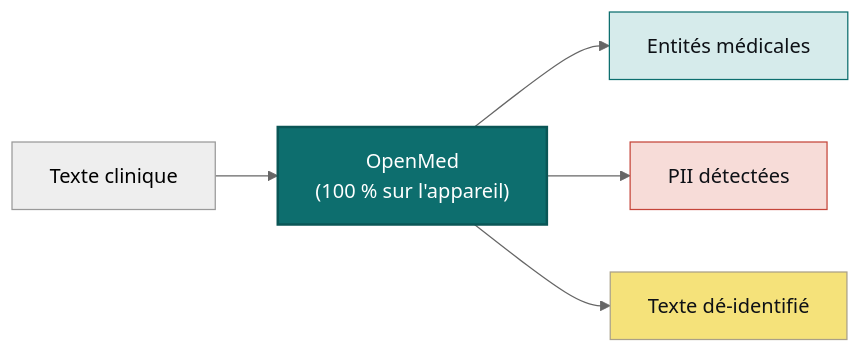
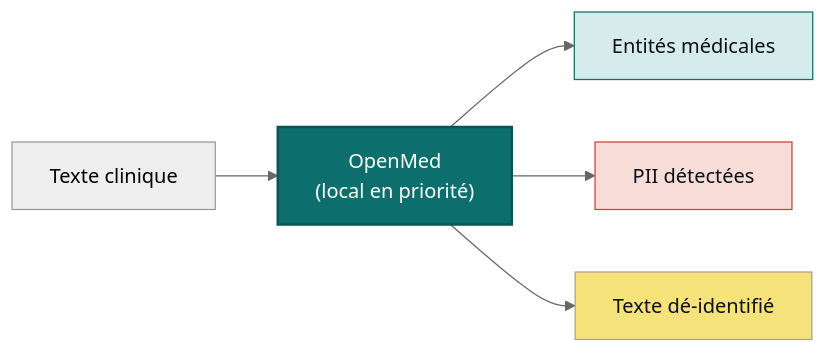
Before and after one commit to maziyarpanahi/openmed: the diagram in README.fr.md, drawn with Mermaid (neutral theme). The commit also changed other lines of this file, not shown here.

````diff
--- a/README.fr.md
+++ b/README.fr.md
@@ -126,11 +119,11 @@
 ```mermaid
 flowchart LR
-    A["Texte clinique"] --> B["OpenMed<br/>(100 % sur l'appareil)"]
+    A["Texte clinique"] --> B["OpenMed<br/>(local en priorité)"]
     B --> C["Entités médicales"]
     B --> D["PII détectées"]
     B --> E["Texte dé-identifié"]
     style B fill:#0D6E6E,stroke:#0A5656,stroke-width:2px,color:#ffffff
     style C fill:#D6EBEB,stroke:#0D6E6E,color:#0E1116
     style D fill:#F7DCD8,stroke:#C5453A,color:#0E1116
     style E fill:#F5E27A,stroke:#A9A088,color:#0E1116
 ```
````
